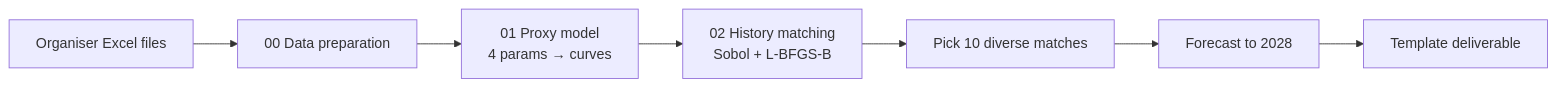
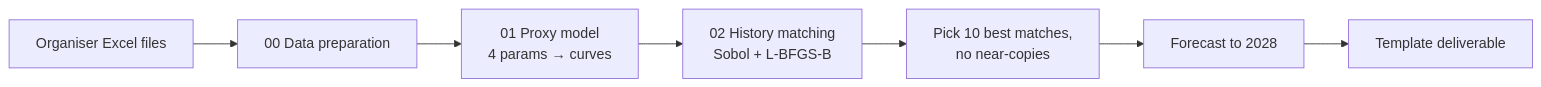
The diagram in README.md (siongfeng04/ExxonMobil-DWC26), drawn with Mermaid before and after one commit. The commit also changed other lines of this file and 9 other files, not shown here.

````diff
--- a/README.md
+++ b/README.md
@@ -30,9 +30,9 @@
 ```mermaid
 flowchart LR
     A[Organiser Excel files] --> B[00 Data preparation]
     B --> C[01 Proxy model<br/>4 params → curves]
     C --> D[02 History matching<br/>Sobol + L-BFGS-B]
-    D --> E[Pick 10 diverse matches]
+    D --> E[Pick 10 best matches,<br/>no near-copies]
     E --> F[Forecast to 2028]
     F --> G[Template deliverable]
 ```
````
